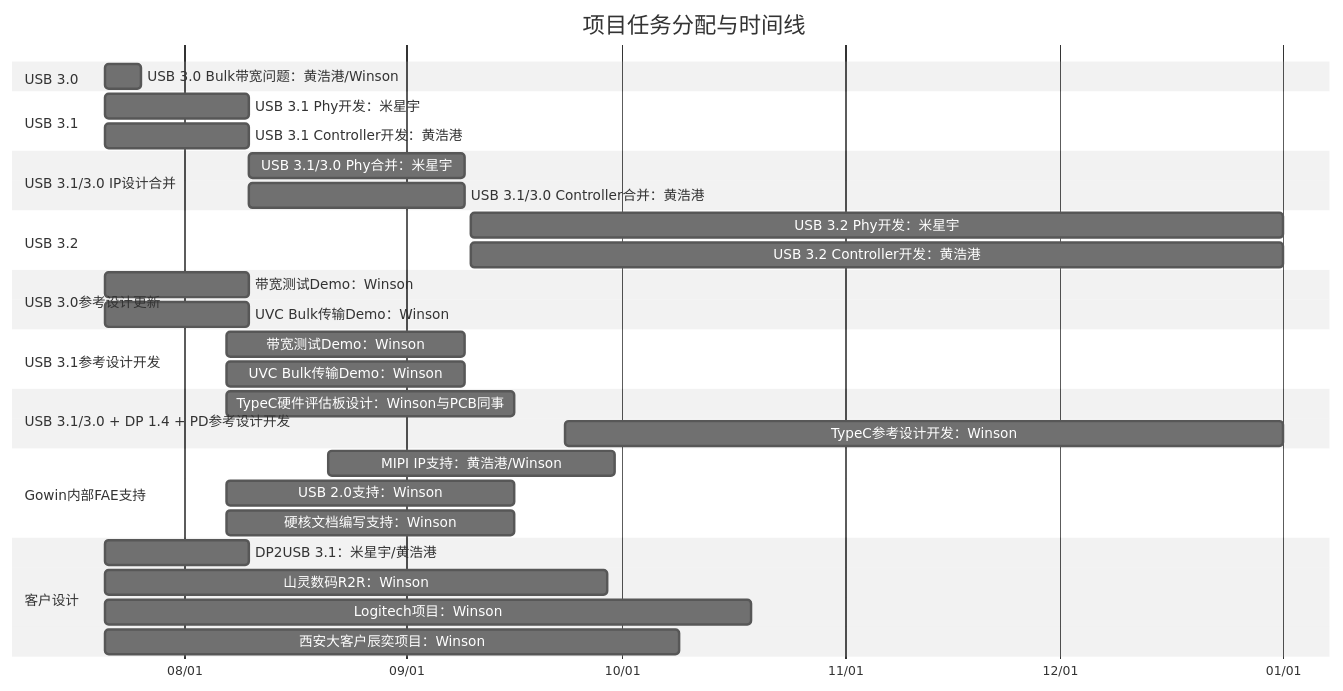
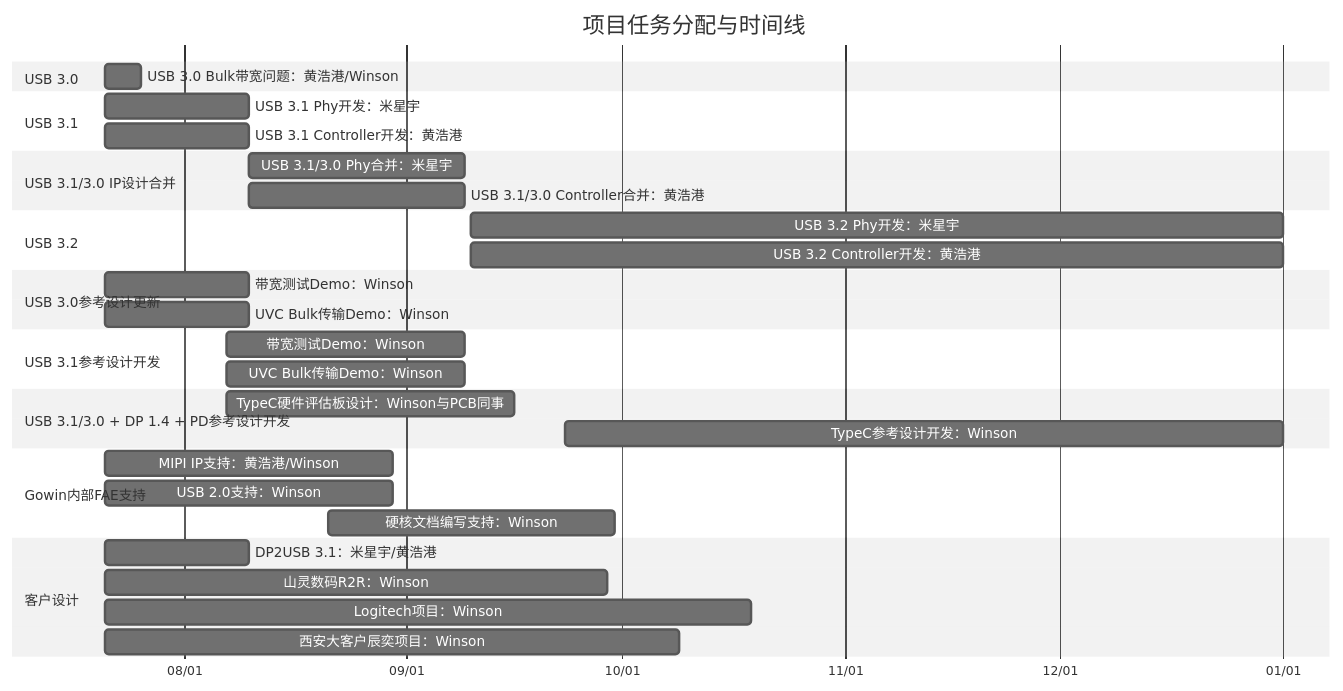
One commit to winsonbook/iodraw-files changed the diagram in all/未命名.md. Above: the diagram before and after it, drawn with Mermaid (neutral theme).

Commit message:
2025-07-21 10:36:04 update

````diff
--- a/all/未命名.md
+++ b/all/未命名.md
@@ -1,44 +1,44 @@
 ```mermaid
 gantt
     title 项目任务分配与时间线
     dateFormat  YYYY-MM-DD
     axisFormat  %m/%d
 
     section USB 3.0
     USB 3.0 Bulk带宽问题：黄浩港/Winson   :    task1, 2025-07-21, 5d
 
     section USB 3.1
     USB 3.1 Phy开发：米星宇      :         task2, 2025-07-21, 20d
     USB 3.1 Controller开发：黄浩港      :  task3, 2025-07-21, 20d
 
     section USB 3.1/3.0 IP设计合并
     USB 3.1/3.0 Phy合并：米星宇       :    task4, 2025-08-10, 30d
     USB 3.1/3.0 Controller合并：黄浩港:    task5, 2025-08-10, 30d
 
     section USB 3.2
     USB 3.2 Phy开发：米星宇      :         task2, 2025-09-10, 113d
     USB 3.2 Controller开发：黄浩港      :  task3, 2025-09-10, 113d
 
     section USB 3.0参考设计更新
     带宽测试Demo：Winson       :         task6, 2025-07-21, 20d
     UVC Bulk传输Demo：Winson   :        task7, 2025-07-21, 20d
 
     section USB 3.1参考设计开发
     带宽测试Demo：Winson       :         task8, 2025-08-07, 33d
     UVC Bulk传输Demo：Winson   :         task9, 2025-08-07, 33d
 
     section USB 3.1/3.0 + DP 1.4 + PD参考设计开发
     TypeC硬件评估板设计：Winson与PCB同事       :         task10, 2025-08-07, 40d
     TypeC参考设计开发：Winson   :         task11, 2025-09-23, 100d
 
     section Gowin内部FAE支持
-    MIPI IP支持：黄浩港/Winson :       task16, 2025-08-21, 40d
-    USB 2.0支持：Winson :             task17, 2025-08-07, 40d
-    硬核文档编写支持：Winson :         task18, 2025-08-07, 40d
+    MIPI IP支持：黄浩港/Winson :       task16, 2025-07-21, 40d
+    USB 2.0支持：Winson :             task17, 2025-07-21, 40d
+    硬核文档编写支持：Winson :         task18, 2025-08-21, 40d
 
     section 客户设计
     DP2USB 3.1：米星宇/黄浩港      :task12, 2025-07-21, 20d
     山灵数码R2R：Winson :             task13, 2025-07-21, 70d
     Logitech项目：Winson :            task14, 2025-07-21, 90d
     西安大客户辰奕项目：Winson :       task15, 2025-07-21, 80d
 ```
````
